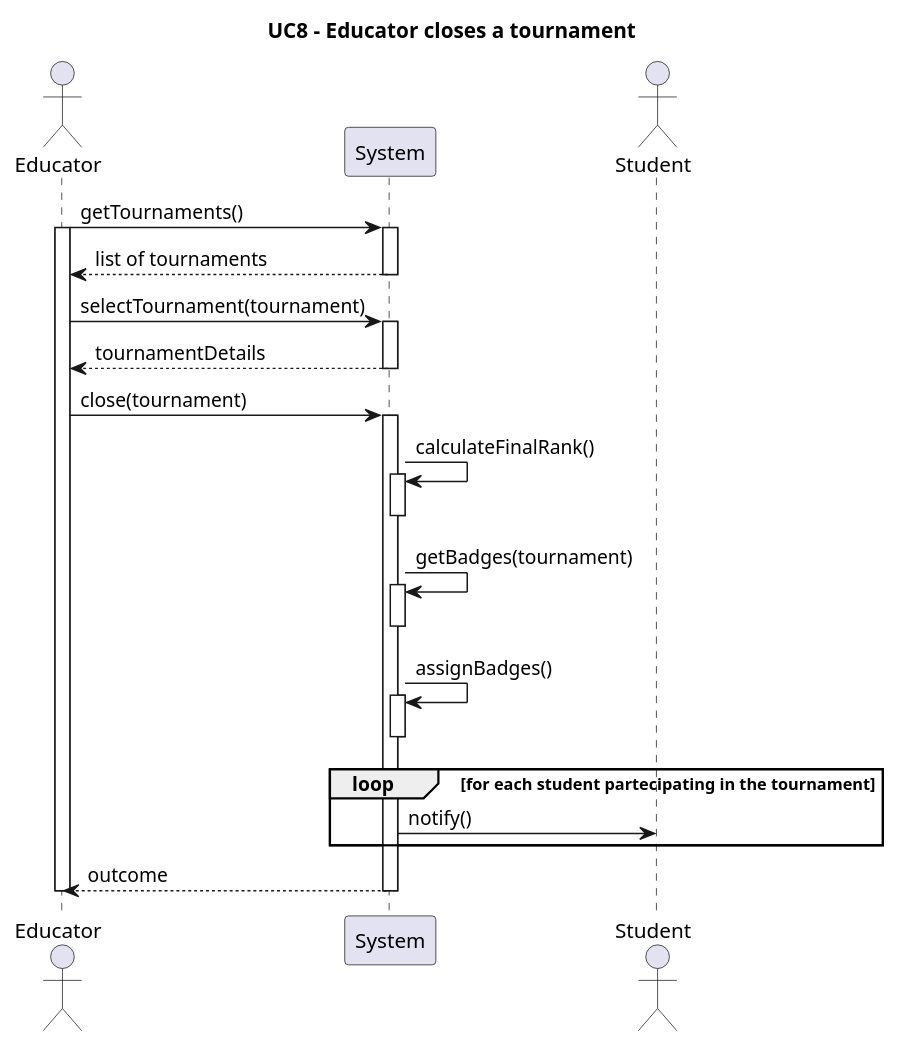
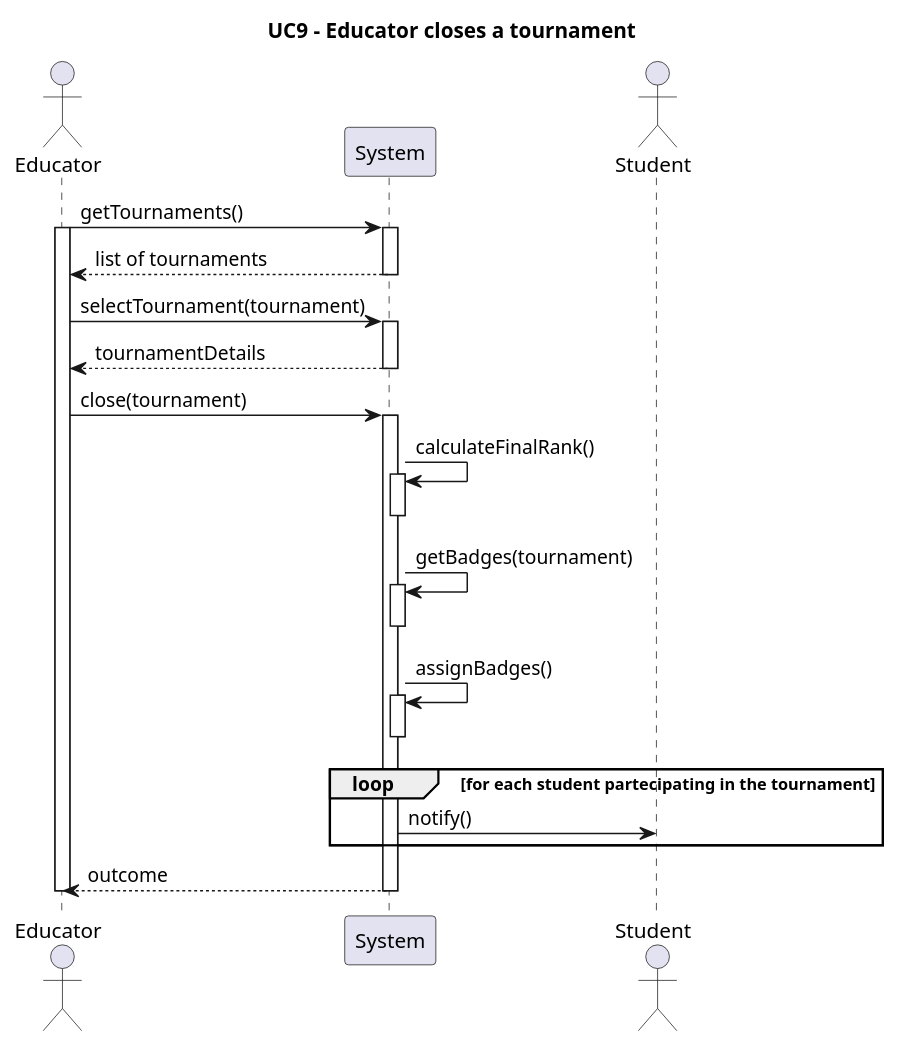
The diagram in rasd/puml/UC9.puml (Furrrlo/CodeKataBattle), drawn with PlantUML before and after one commit. The commit also changed 5 other files, not shown here.

Commit message:
Fix seq diagram titles

```diff
--- a/rasd/puml/UC9.puml
+++ b/rasd/puml/UC9.puml
@@ -1,37 +1,37 @@
-@startuml UC8
-title UC8 - Educator closes a tournament   
+@startuml UC9
+title UC9 - Educator closes a tournament   
 actor Educator
 participant System
 actor Student
 
 
 Educator -> System ++: getTournaments()
 activate Educator
 System --> Educator--: list of tournaments
 
 
 
 Educator -> System ++ : selectTournament(tournament)
 Educator <-- System -- : tournamentDetails
 
 Educator -> System ++ : close(tournament)
 
 
 System -> System ++ : calculateFinalRank()
 deactivate System
 
 System -> System ++ : getBadges(tournament)
 deactivate System
 
 System -> System ++ : assignBadges()
 deactivate System
 
 loop for each student partecipating in the tournament
     System -> Student : notify()
 
 end
 
 
 System --> Educator --: outcome
 deactivate Educator
 @enduml
```
